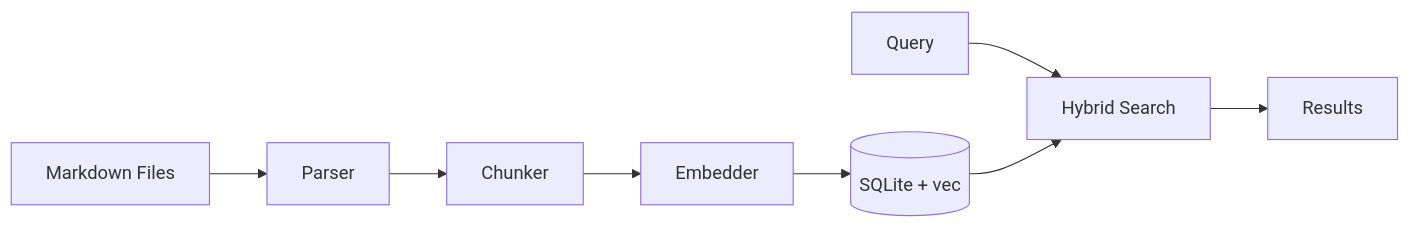
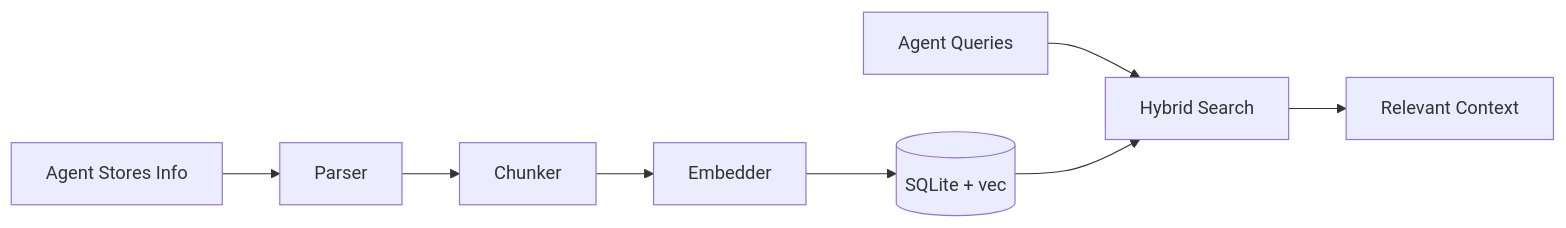
One commit to arcadeai-labs/agent-library changed the diagram in README.md. Above: the diagram before and after it, drawn with Mermaid. The commit also changed other lines of this file and 4 other files, not shown here.

````diff
--- a/README.md
+++ b/README.md
@@ -9,10 +9,10 @@
 ```mermaid
 graph LR
-    A[Markdown Files] --> B[Parser]
+    A[Agent Stores Info] --> B[Parser]
     B --> C[Chunker]
     C --> D[Embedder]
     D --> E[(SQLite + vec)]
-    F[Query] --> G[Hybrid Search]
+    F[Agent Queries] --> G[Hybrid Search]
     E --> G
-    G --> H[Results]
+    G --> H[Relevant Context]
 ```
````
